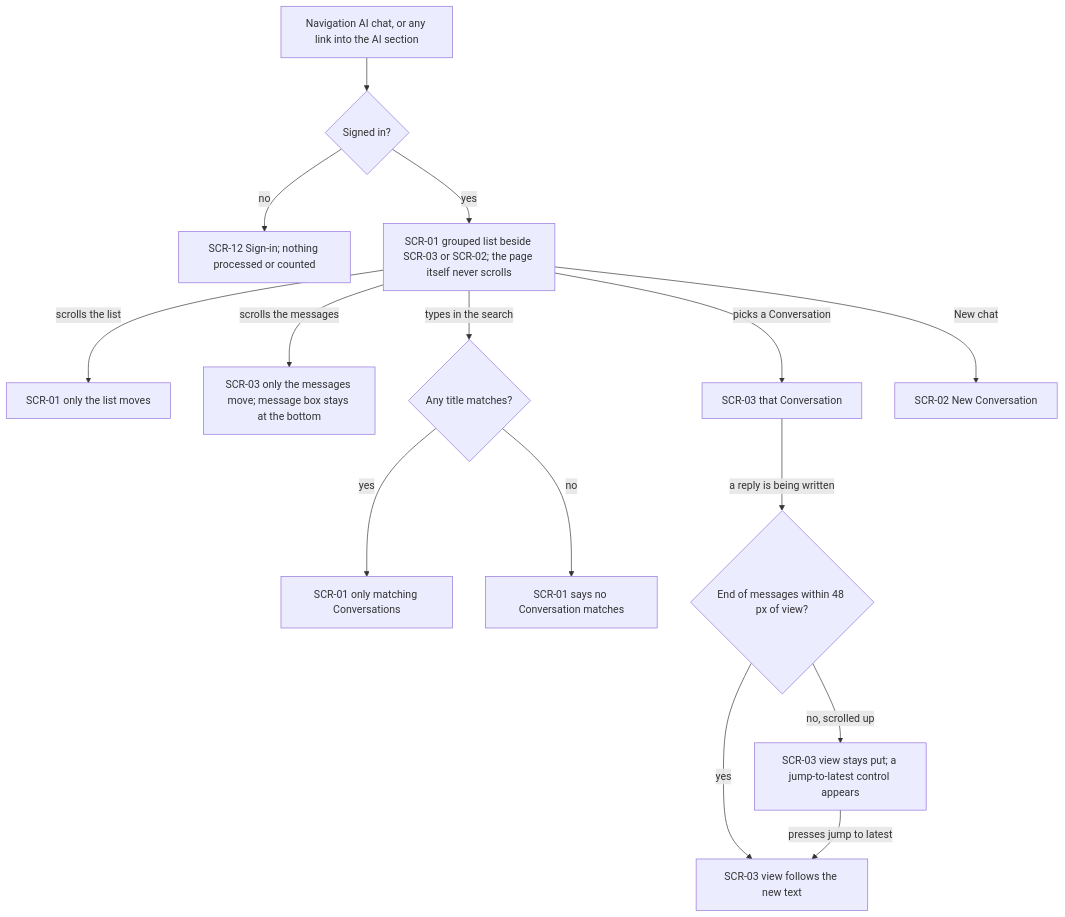
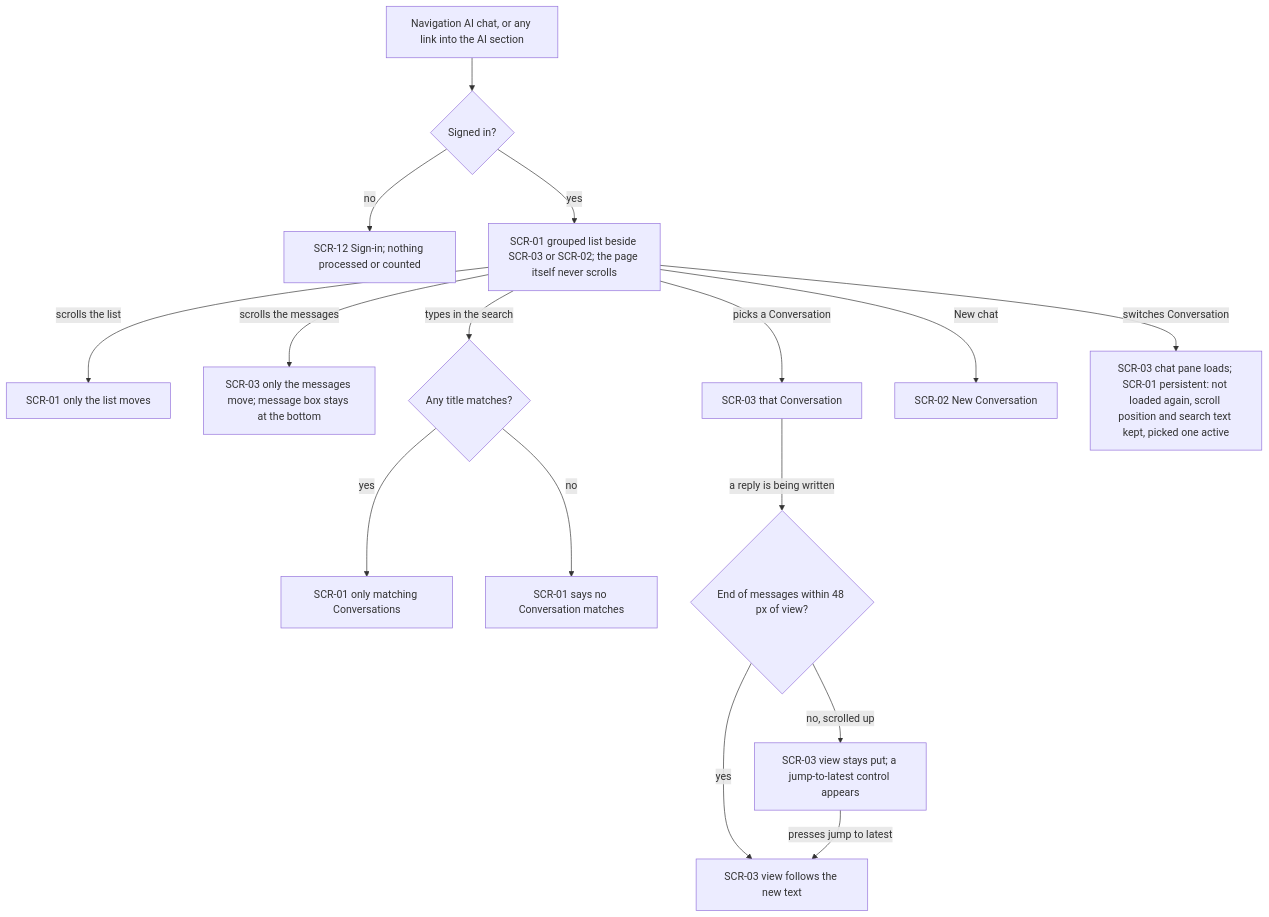
The third of 11 diagrams in docs/features/ai-chat-v2/ux-flows.md (GopkoDev/invoiceForge), drawn with Mermaid before and after one commit. The commit also changed other lines of this file and 3 other files, not shown here.

First line of the commit message:
docs(ai-chat-v2): register QuestionForm, ConversationListProvider and the Markdown MessageResponse; revise ux-flows for the form (T69)

````diff
--- a/docs/features/ai-chat-v2/ux-flows.md
+++ b/docs/features/ai-chat-v2/ux-flows.md
@@ -91,17 +94,18 @@
 ```mermaid
 flowchart TD
     A["Navigation AI chat, or any link into the AI section"] --> B{"Signed in?"}
     B -->|"no"| C["SCR-12 Sign-in; nothing processed or counted"]
     B -->|"yes"| D["SCR-01 grouped list beside SCR-03 or SCR-02; the page itself never scrolls"]
     D -->|"scrolls the list"| E["SCR-01 only the list moves"]
     D -->|"scrolls the messages"| F["SCR-03 only the messages move; message box stays at the bottom"]
     D -->|"types in the search"| G{"Any title matches?"}
     G -->|"yes"| H["SCR-01 only matching Conversations"]
     G -->|"no"| I["SCR-01 says no Conversation matches"]
     D -->|"picks a Conversation"| J["SCR-03 that Conversation"]
     D -->|"New chat"| K["SCR-02 New Conversation"]
+    D -->|"switches Conversation"| S["SCR-03 chat pane loads; SCR-01 persistent: not loaded again, scroll position and search text kept, picked one active"]
     J -->|"a reply is being written"| L{"End of messages within 48 px of view?"}
     L -->|"yes"| M["SCR-03 view follows the new text"]
     L -->|"no, scrolled up"| N["SCR-03 view stays put; a jump-to-latest control appears"]
     N -->|"presses jump to latest"| M
 ```
````
